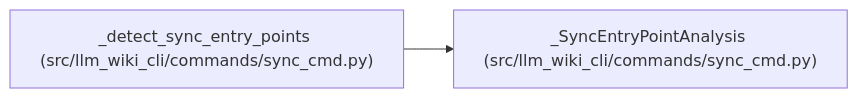
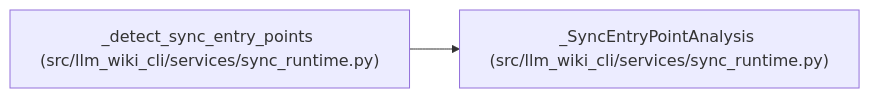
One commit to Denissvgn/python-wiki-llm changed the diagram in docs/llm_wiki/entities/SyncEntryPointAnalysis.md. Above: the diagram before and after it, drawn with Mermaid. The commit also changed other lines of this file and 1555 other files, not shown here.

````diff
--- a/docs/llm_wiki/entities/SyncEntryPointAnalysis.md
+++ b/docs/llm_wiki/entities/SyncEntryPointAnalysis.md
@@ -28,8 +28,8 @@
 ```mermaid
 flowchart LR
-    n0["_SyncEntryPointAnalysis (src/llm_wiki_cli/commands/sync_cmd.py)"]
-    n1["_detect_sync_entry_points (src/llm_wiki_cli/commands/sync_cmd.py)"]
+    n0["_SyncEntryPointAnalysis (src/llm_wiki_cli/services/sync_runtime.py)"]
+    n1["_detect_sync_entry_points (src/llm_wiki_cli/services/sync_runtime.py)"]
     n1 --> n0
-    click n0 "../modules/sync_cmd.md"
-    click n1 "../modules/sync_cmd.md"
+    click n0 "../modules/sync_runtime.md"
+    click n1 "../modules/sync_runtime.md"
 ```
````
